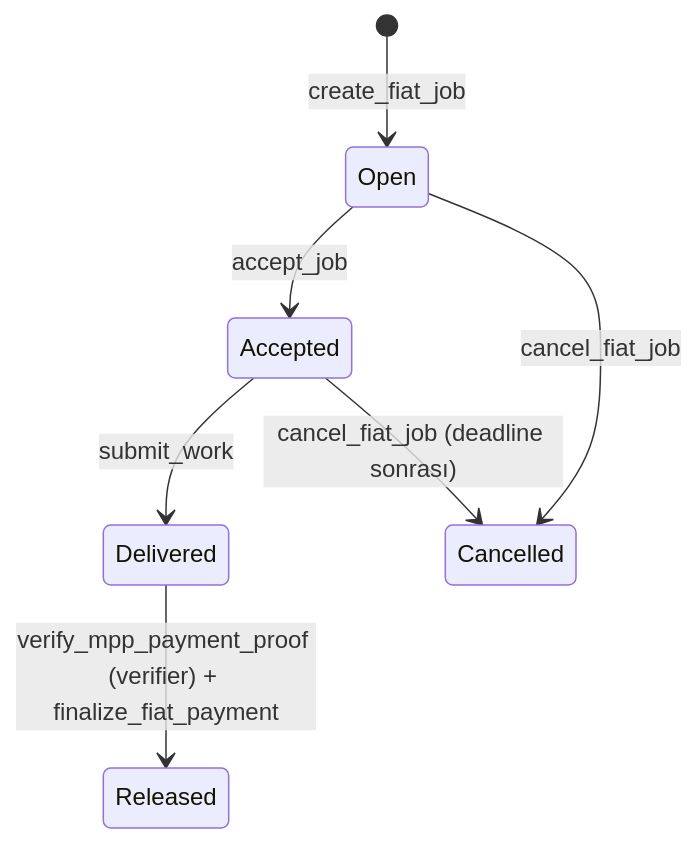
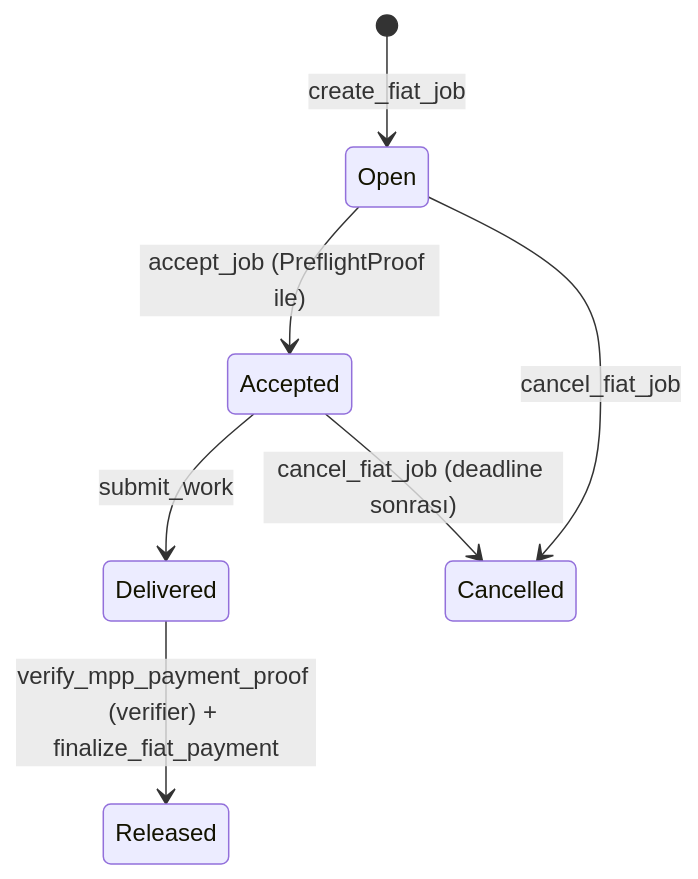
Before and after one commit to wienerlabs/square-solana: the second of 2 diagrams in docs/design/program-interface.md, drawn with Mermaid. The commit also changed other lines of this file and 13 other files, not shown here.

````diff
--- a/docs/design/program-interface.md
+++ b/docs/design/program-interface.md
@@ -168,9 +175,9 @@
 ```mermaid
 stateDiagram-v2
   [*] --> Open: create_fiat_job
-  Open --> Accepted: accept_job
+  Open --> Accepted: accept_job (PreflightProof ile)
   Accepted --> Delivered: submit_work
   Delivered --> Released: verify_mpp_payment_proof (verifier) + finalize_fiat_payment
   Open --> Cancelled: cancel_fiat_job
   Accepted --> Cancelled: cancel_fiat_job (deadline sonrası)
 ```
````
